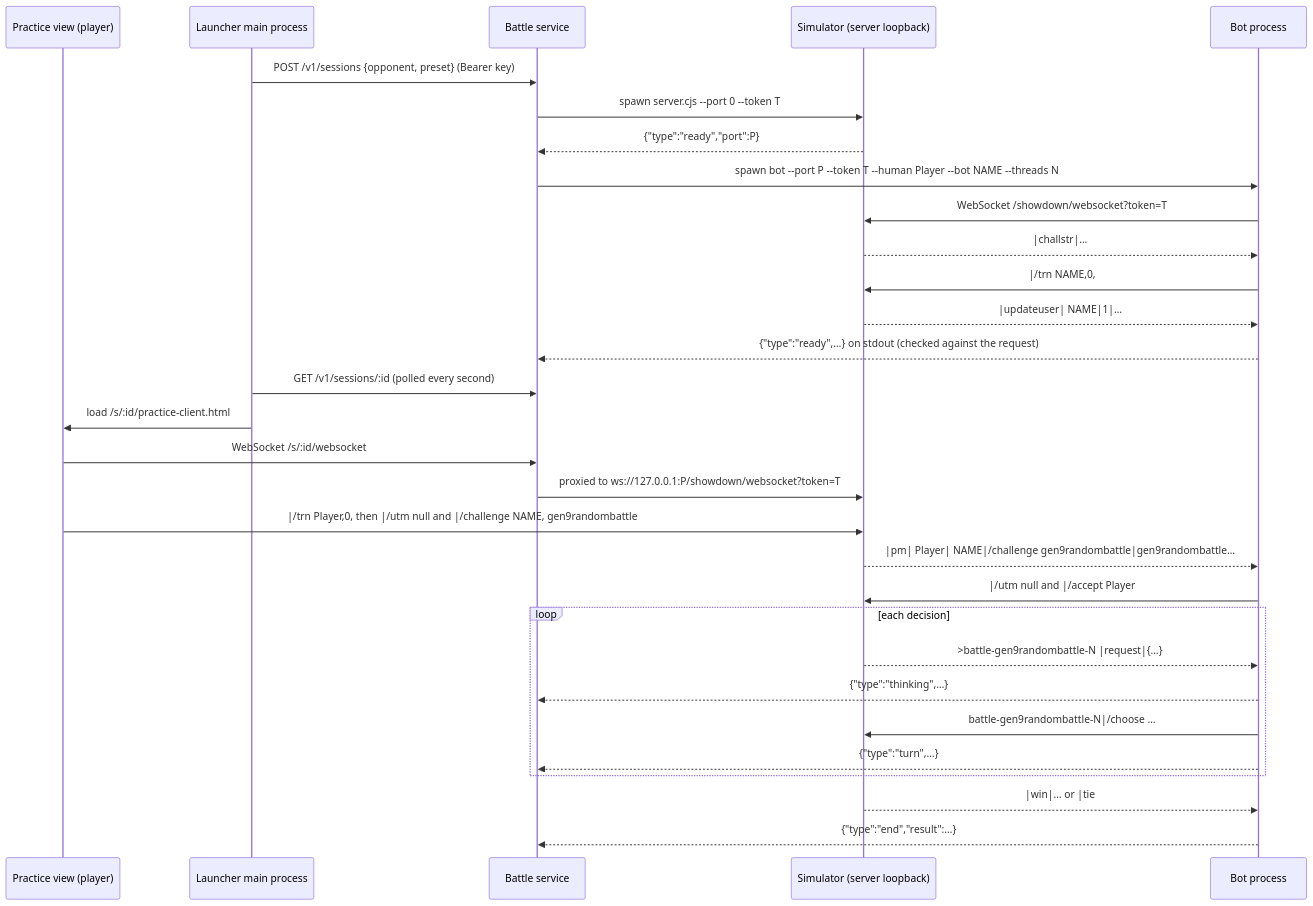
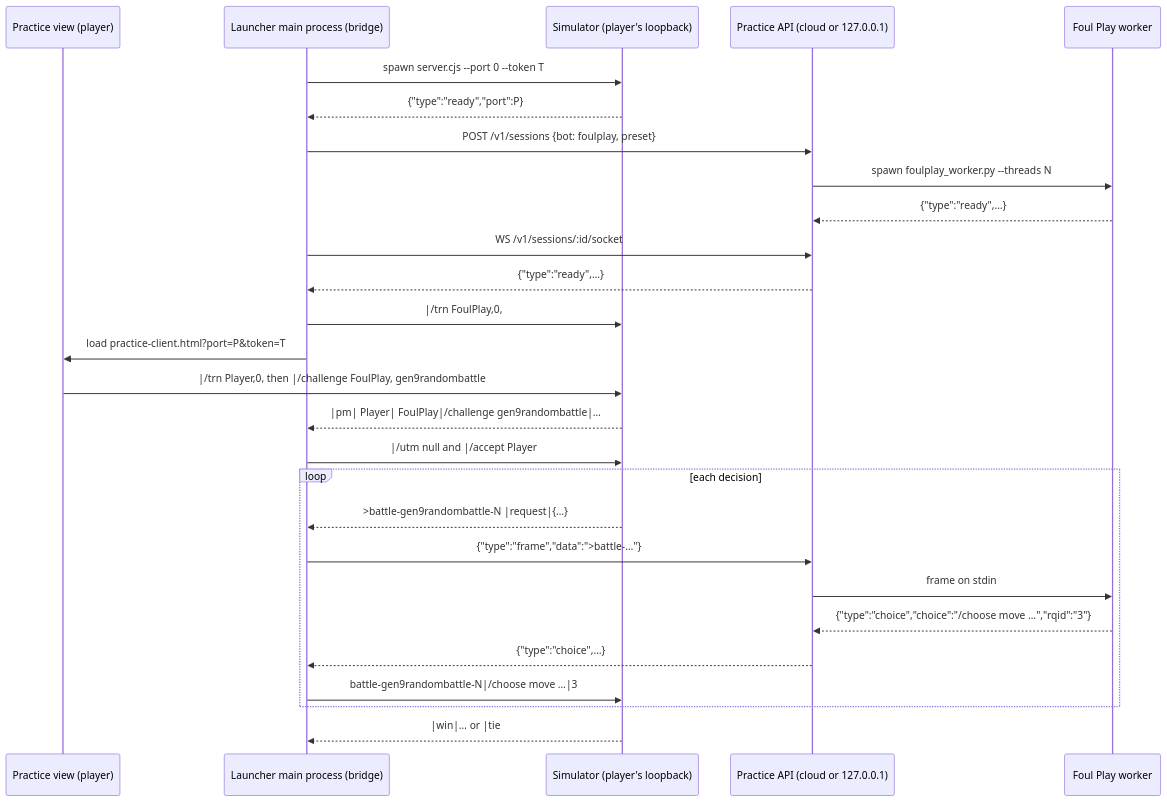
The diagram in docs/bots.md (influxtion/Pokemon-Showdown-Evolved), drawn with Mermaid before and after one commit. The commit also changed other lines of this file and 2 other files, not shown here.

First line of the commit message:
Document the practice API in the design and bots docs

````diff
--- a/docs/bots.md
+++ b/docs/bots.md
@@ -49,32 +51,29 @@
 ```mermaid
 sequenceDiagram
   participant V as Practice view (player)
-  participant M as Launcher main process
-  participant G as Battle service
-  participant S as Simulator (server loopback)
-  participant B as Bot process
-  M->>G: POST /v1/sessions {opponent, preset} (Bearer key)
-  G->>S: spawn server.cjs --port 0 --token T
-  S-->>G: {"type":"ready","port":P}
-  G->>B: spawn bot --port P --token T --human Player --bot NAME --threads N
-  B->>S: WebSocket /showdown/websocket?token=T
-  S-->>B: |challstr|…
-  B->>S: |/trn NAME,0,
-  S-->>B: |updateuser| NAME|1|…
-  B-->>G: {"type":"ready",…} on stdout (checked against the request)
-  M->>G: GET /v1/sessions/:id (polled every second)
-  M->>V: load /s/:id/practice-client.html
-  V->>G: WebSocket /s/:id/websocket
-  G->>S: proxied to ws://127.0.0.1:P/showdown/websocket?token=T
-  V->>S: |/trn Player,0,  then |/utm null and |/challenge NAME, gen9randombattle
-  S-->>B: |pm| Player| NAME|/challenge gen9randombattle|gen9randombattle…
-  B->>S: |/utm null  and  |/accept Player
+  participant M as Launcher main process (bridge)
+  participant S as Simulator (player's loopback)
+  participant A as Practice API (cloud or 127.0.0.1)
+  participant W as Foul Play worker
+  M->>S: spawn server.cjs --port 0 --token T
+  S-->>M: {"type":"ready","port":P}
+  M->>A: POST /v1/sessions {bot: foulplay, preset}
+  A->>W: spawn foulplay_worker.py --threads N
+  W-->>A: {"type":"ready",…}
+  M->>A: WS /v1/sessions/:id/socket
+  A-->>M: {"type":"ready",…}
+  M->>S: |/trn FoulPlay,0,
+  M->>V: load practice-client.html?port=P&token=T
+  V->>S: |/trn Player,0,  then |/challenge FoulPlay, gen9randombattle
+  S-->>M: |pm| Player| FoulPlay|/challenge gen9randombattle|…
+  M->>S: |/utm null and |/accept Player
   loop each decision
-    S-->>B: >battle-gen9randombattle-N  |request|{…}
-    B-->>G: {"type":"thinking",…}
-    B->>S: battle-gen9randombattle-N|/choose …
-    B-->>G: {"type":"turn",…}
+    S-->>M: >battle-gen9randombattle-N |request|{…}
+    M->>A: {"type":"frame","data":">battle-…"}
+    A->>W: frame on stdin
+    W-->>A: {"type":"choice","choice":"/choose move …","rqid":"3"}
+    A-->>M: {"type":"choice",…}
+    M->>S: battle-gen9randombattle-N|/choose move …|3
   end
-  S-->>B: |win|… or |tie
-  B-->>G: {"type":"end","result":…}
+  S-->>M: |win|… or |tie
 ```
````
